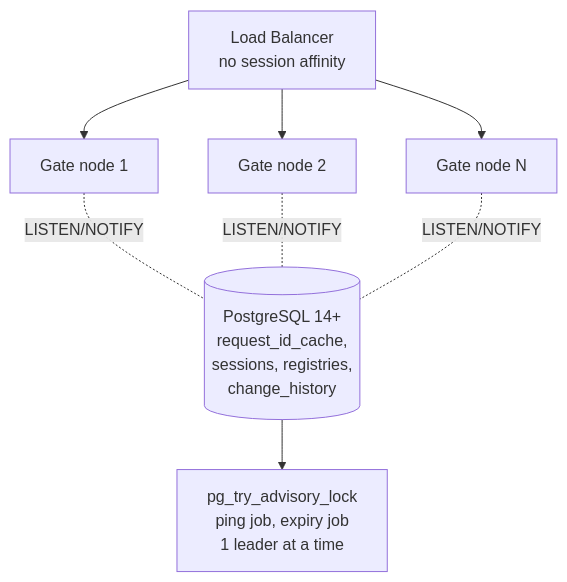
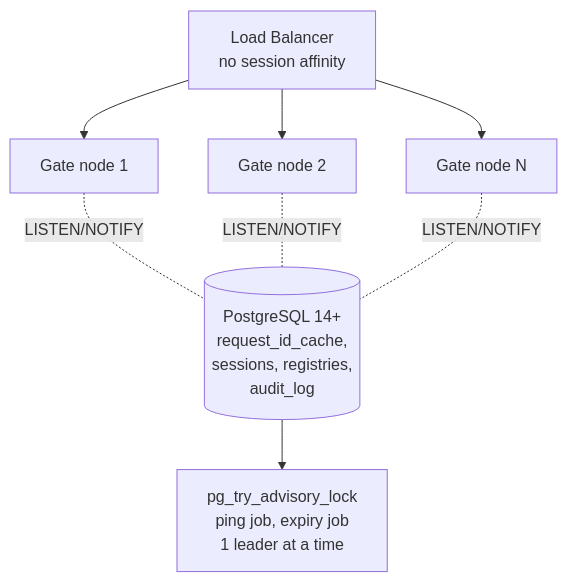
Diagram 24 of 33 in docs/efti_full_epics_en.md (kemit-ee/efti-gate-ee), drawn with Mermaid before and after one commit. The commit also changed other lines of this file and 8 other files, not shown here.

````diff
--- a/docs/efti_full_epics_en.md
+++ b/docs/efti_full_epics_en.md
@@ -1264,11 +1264,11 @@
 ```mermaid
 graph TD
     LB[Load Balancer<br/>no session affinity]
     LB --> N1[Gate node 1]
     LB --> N2[Gate node 2]
     LB --> N3[Gate node N]
-    N1 -.LISTEN/NOTIFY.- DB[(PostgreSQL 14+<br/>request_id_cache,<br/>sessions, registries,<br/>change_history)]
+    N1 -.LISTEN/NOTIFY.- DB[(PostgreSQL 14+<br/>request_id_cache,<br/>sessions, registries,<br/>audit_log)]
     N2 -.LISTEN/NOTIFY.- DB
     N3 -.LISTEN/NOTIFY.- DB
     DB --> Lock[pg_try_advisory_lock<br/>ping job, expiry job<br/>1 leader at a time]
 ```
````
